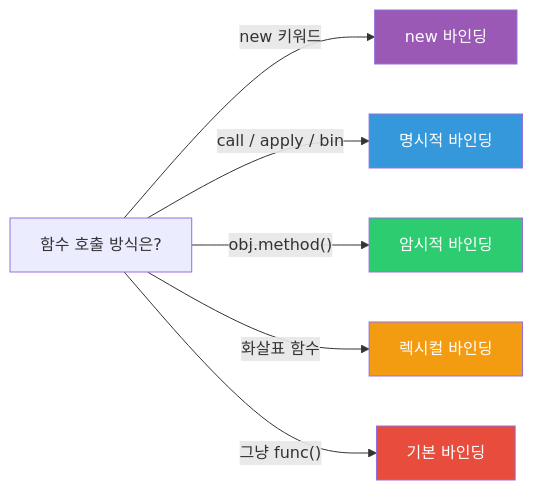
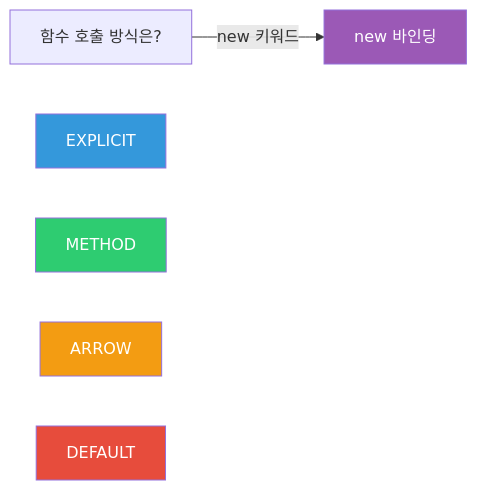
One commit to yjkim2015/yjkim2015.github.io changed the third of 6 diagrams in _posts/frontend/2026-05-01-javascript-core.md. Above: the diagram before and after it, drawn with Mermaid. The commit also changed other lines of this file and 149 other files, not shown here.

First line of the commit message:
Mermaid 가독성 개선: 라벨 축약, 노드 축소, TD→LR 변환

````diff
--- a/_posts/frontend/2026-05-01-javascript-core.md
+++ b/_posts/frontend/2026-05-01-javascript-core.md
@@ -162,14 +161,10 @@
 ```mermaid
 flowchart LR
     Q["함수 호출 방식은?"]
     Q -->|"new 키워드"| NEW["new 바인딩"]
-    Q -->|"call / apply / bin"| EXPLICIT["명시적 바인딩"]
-    Q -->|"obj.method()"| METHOD["암시적 바인딩"]
-    Q -->|"화살표 함수"| ARROW["렉시컬 바인딩"]
-    Q -->|"그냥 func()"| DEFAULT["기본 바인딩"]
     style NEW fill:#9b59b6,color:#fff
     style EXPLICIT fill:#3498db,color:#fff
     style METHOD fill:#2ecc71,color:#fff
     style ARROW fill:#f39c12,color:#fff
     style DEFAULT fill:#e74c3c,color:#fff
 ```
````
